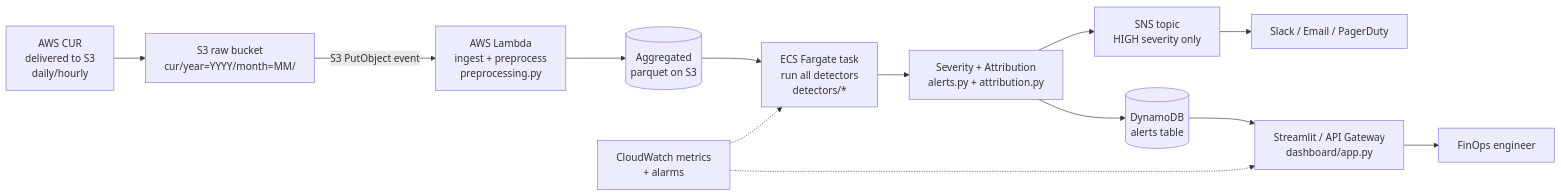
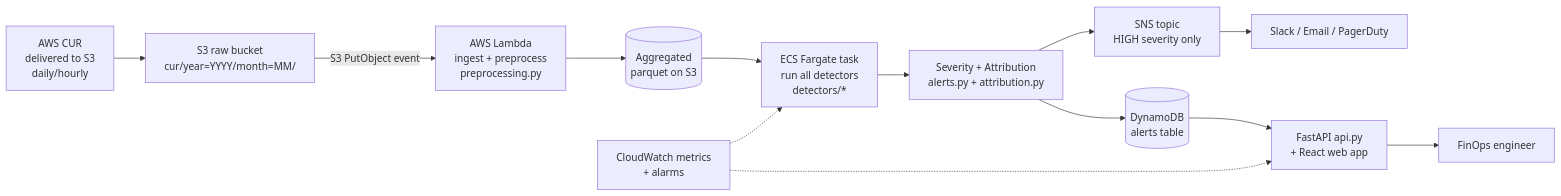
Before and after one commit to Urthella/costsight: the diagram in REPORT.md, drawn with Mermaid. The commit also changed other lines of this file and 1 other file, not shown here.

First line of the commit message:
Docs: rewrite DEMO.md for the React app + sync REPORT.md architecture

````diff
--- a/REPORT.md
+++ b/REPORT.md
@@ -274,15 +284,15 @@
 ```mermaid
 flowchart LR
     A[AWS CUR<br/>delivered to S3<br/>daily/hourly] --> B[S3 raw bucket<br/>cur/year=YYYY/month=MM/]
     B -->|S3 PutObject event| C[AWS Lambda<br/>ingest + preprocess<br/>preprocessing.py]
     C --> D[(Aggregated<br/>parquet on S3)]
     D --> E[ECS Fargate task<br/>run all detectors<br/>detectors/*]
     E --> F[Severity + Attribution<br/>alerts.py + attribution.py]
     F --> G[(DynamoDB<br/>alerts table)]
     F --> H[SNS topic<br/>HIGH severity only]
     H --> I[Slack / Email / PagerDuty]
-    G --> J[Streamlit / API Gateway<br/>dashboard/app.py]
+    G --> J[FastAPI api.py<br/>+ React web app]
     J --> K[FinOps engineer]
     L[CloudWatch metrics<br/>+ alarms] -.-> E
     L -.-> J
 ```
````
